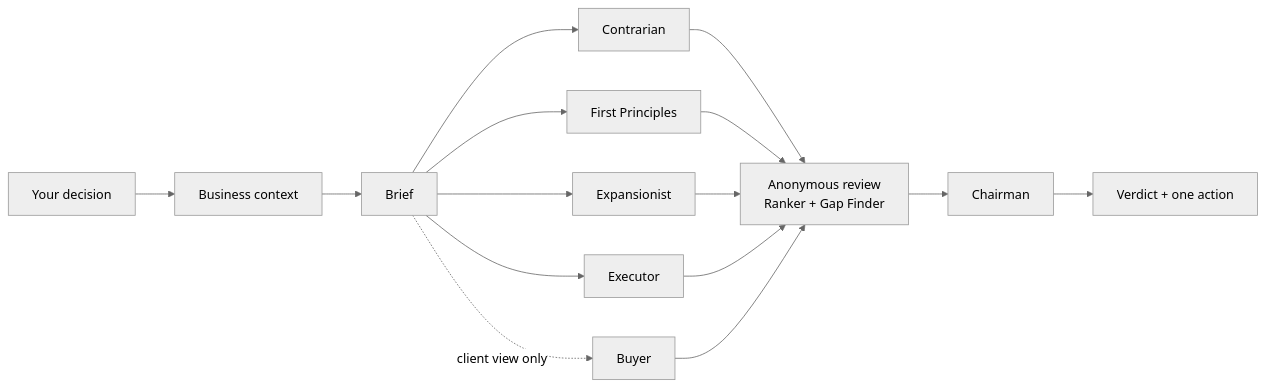
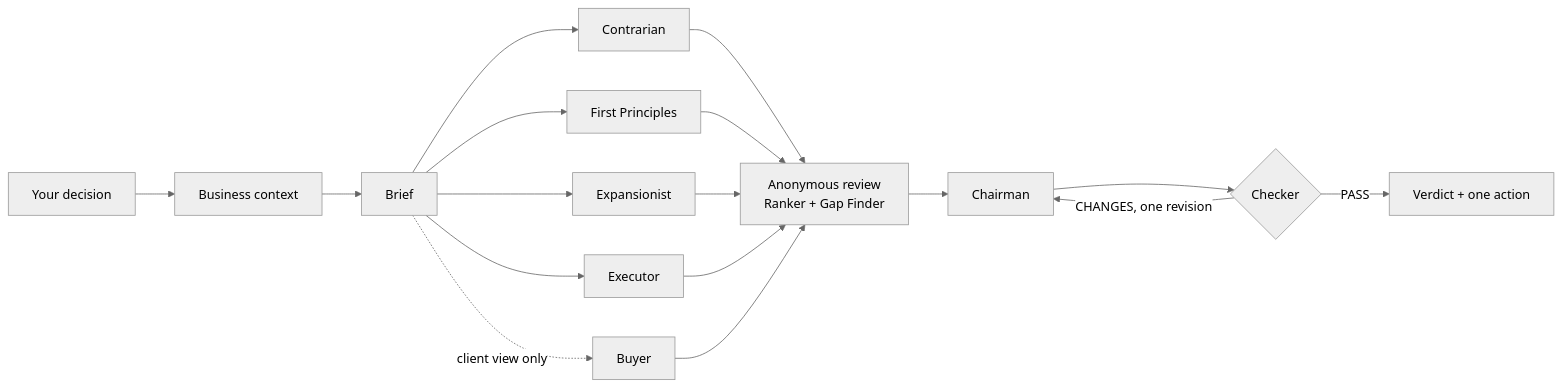
The first of 6 diagrams in docs/how-it-works.md (The-Discipline/prism-council), drawn with Mermaid (neutral theme) before and after one commit. The commit also changed other lines of this file and 14 other files, not shown here.

````diff
--- a/docs/how-it-works.md
+++ b/docs/how-it-works.md
@@ -7,13 +7,15 @@
 ```mermaid
 flowchart LR
     Q["Your decision"] --> C["Business context"]
     C --> B["Brief"]
     B --> A1["Contrarian"]
     B --> A2["First Principles"]
     B --> A3["Expansionist"]
     B --> A4["Executor"]
     B -. "client view only" .-> A5["Buyer"]
     A1 & A2 & A3 & A4 & A5 --> R["Anonymous review<br/>Ranker + Gap Finder"]
     R --> CH["Chairman"]
-    CH --> V["Verdict + one action"]
+    CH --> K{"Checker"}
+    K -- "PASS" --> V["Verdict + one action"]
+    K -- "CHANGES, one revision" --> CH
 ```
````
